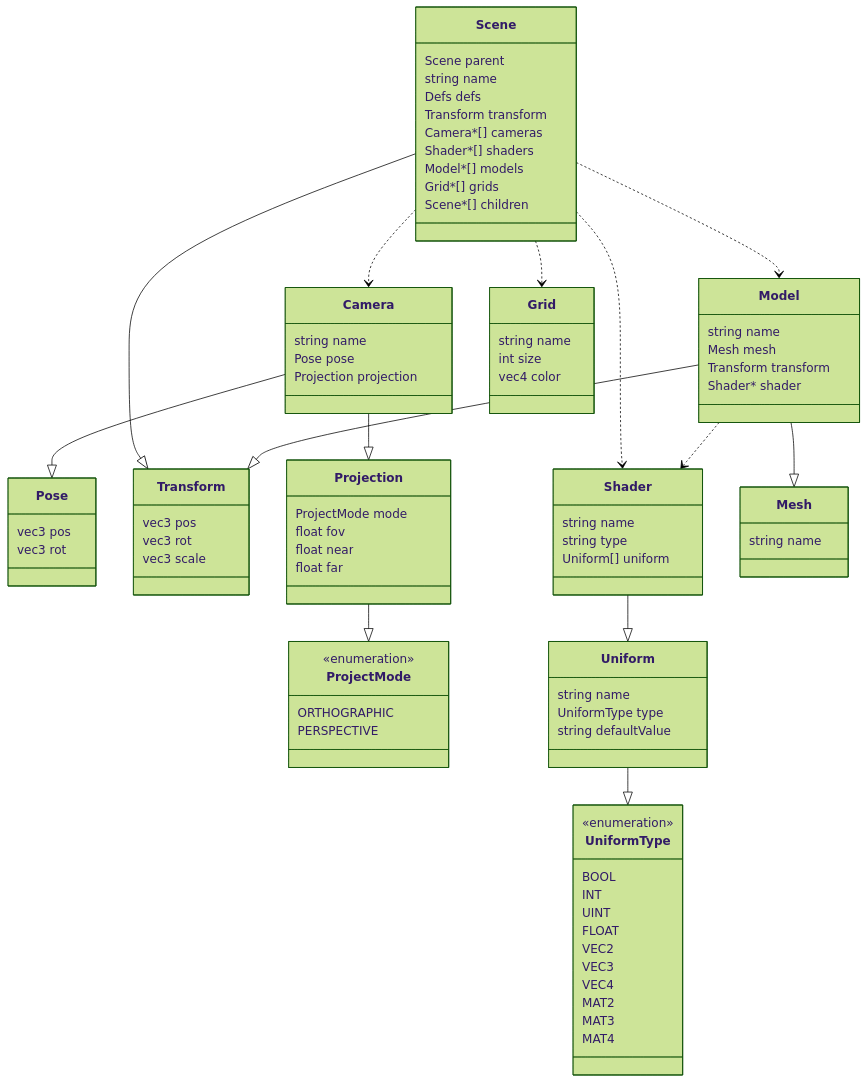
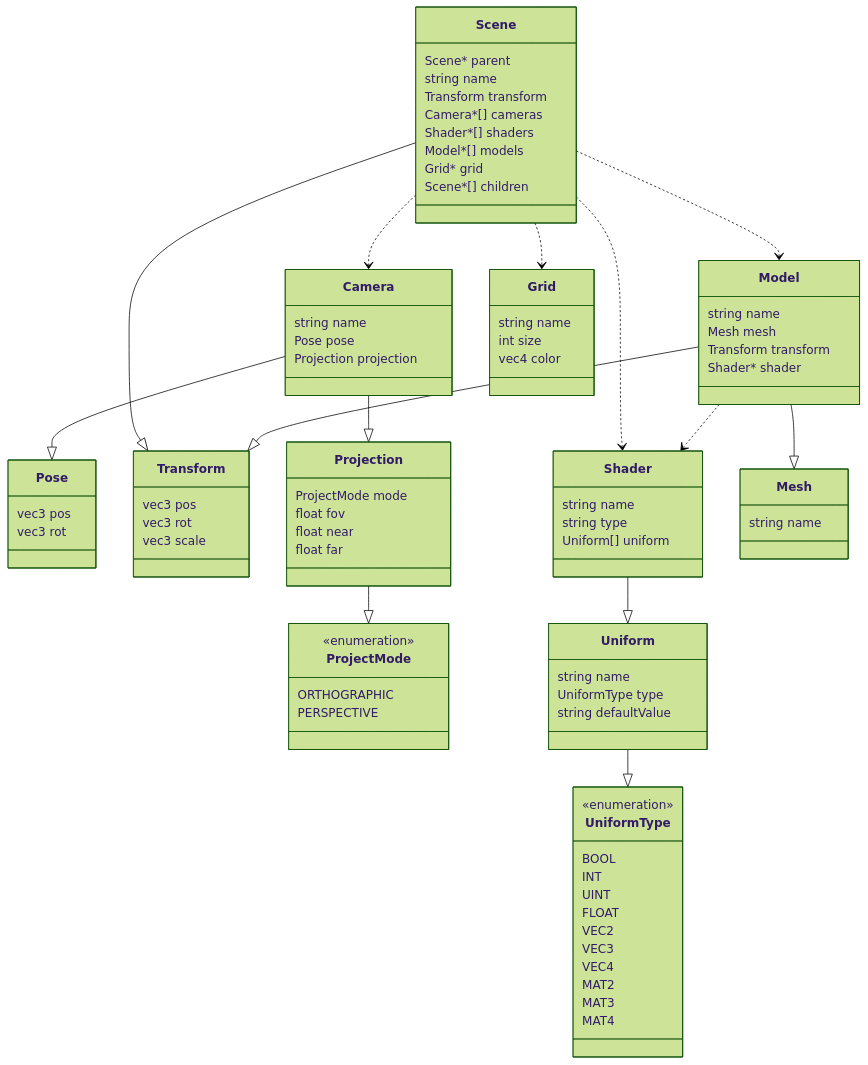
The diagram in Scene.md (automas-dev/singe), drawn with Mermaid (forest theme) before and after one commit. The commit also changed other lines of this file and 2 other files, not shown here.

Commit message:
Final updates to scene ds

```diff
--- a/Scene.md
+++ b/Scene.md
@@ -295,14 +302,13 @@
         vec4 color
     }
     class Scene {
-        Scene parent
+        Scene* parent
         string name
-        Defs defs
         Transform transform
         Camera*[] cameras
         Shader*[] shaders
         Model*[] models
-        Grid*[] grids
+        Grid* grid
         Scene*[] children
     }
     %%Scene --|> Scene
```
